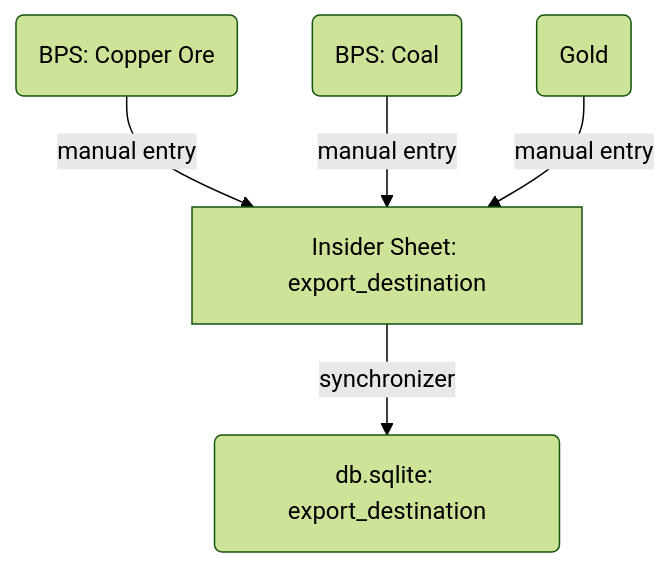
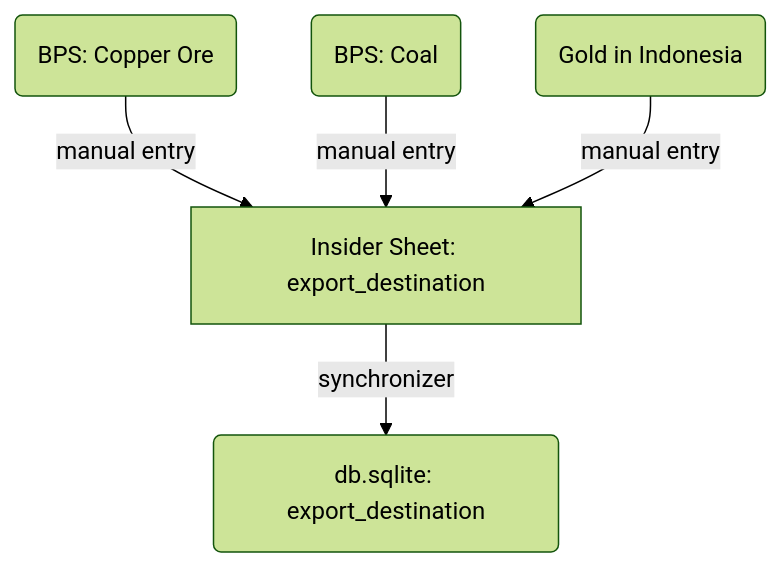
The fourth of 7 diagrams in README.md (supertypeai/coalresearch), drawn with Mermaid (forest theme) before and after one commit. The commit also changed other lines of this file, not shown here.

Commit message:
update: docs, Indonesia's gold export destination

````diff
--- a/README.md
+++ b/README.md
@@ -298,12 +294,13 @@
 ```mermaid
 graph TD
   A1(BPS: Copper Ore) -->|manual entry| B
   A2(BPS: Coal) -->|manual entry| B
-  A3(Gold) -->|manual entry| B
+  A3(Gold in Indonesia) -->|manual entry| B
   B[Insider Sheet: export_destination] -->|synchronizer| C(db.sqlite: export_destination)
 
   %% Add clickable links to each node
   click A1 "https://www.bps.go.id/en/statistics-table/1/MTAzMiMx/exports-of-copper-ore-by-major-countries-of-destination--2012-2023.html" _blank
   click A2 "https://www.bps.go.id/en/statistics-table/1/MTAzNCMx/exports-of-coal-by-major-countries-of-destination--2012-2023.html" _blank
   click B "https://docs.google.com/spreadsheets/d/19wfJ2fc9qKeR22dMIO2rEQLkit8E4bGsHA1u0USqTQk/edit?gid=847935271#gid=847935271" _blank
+  click A3 "https://oec.world/en/profile/bilateral-product/gold/reporter/idn" _blank
 ```
````
